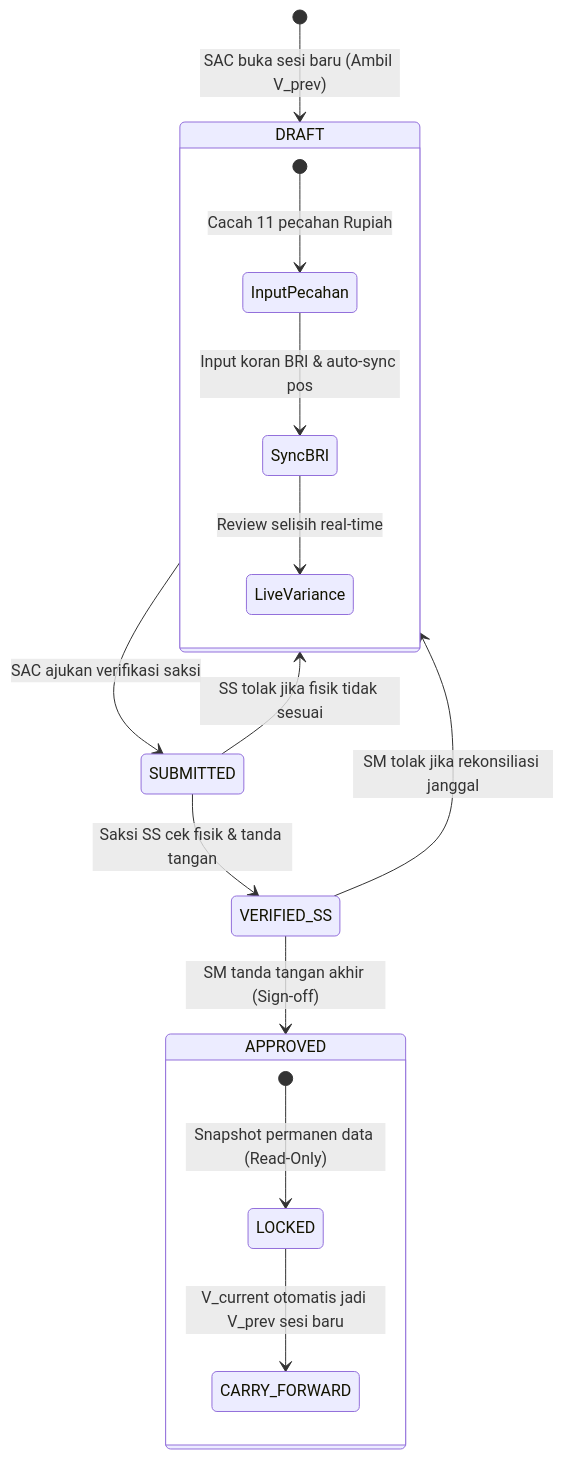
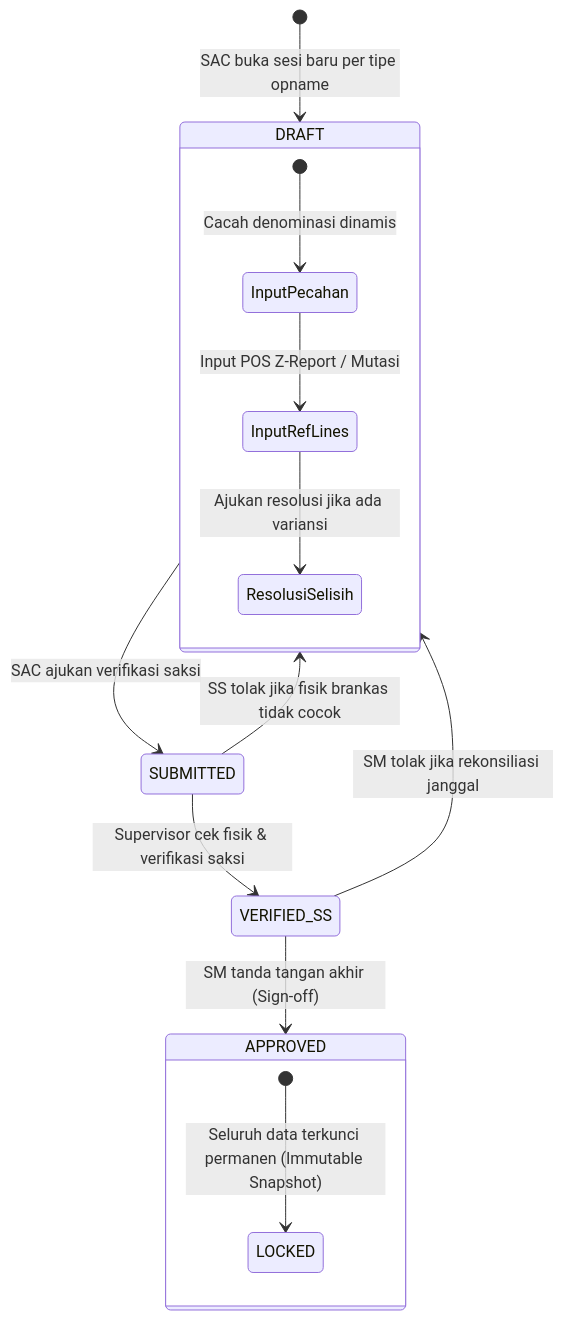
Before and after one commit to bintangarama/GCOINS: the second of 2 diagrams in MASTER_SYSTEM_SPECIFICATION.md, drawn with Mermaid. The commit also changed other lines of this file and 127 other files, not shown here.

````diff
--- a/MASTER_SYSTEM_SPECIFICATION.md
+++ b/MASTER_SYSTEM_SPECIFICATION.md
@@ -304,22 +248,21 @@
 ```mermaid
 stateDiagram-v2
-    [*] --> DRAFT: SAC buka sesi baru (Ambil V_prev)
-    
+    [*] --> DRAFT: SAC buka sesi baru per tipe opname
+
     state DRAFT {
-        [*] --> InputPecahan: Cacah 11 pecahan Rupiah
-        InputPecahan --> SyncBRI: Input koran BRI & auto-sync pos
-        SyncBRI --> LiveVariance: Review selisih real-time
+        [*] --> InputPecahan: Cacah denominasi dinamis
+        InputPecahan --> InputRefLines: Input POS Z-Report / Mutasi
+        InputRefLines --> ResolusiSelisih: Ajukan resolusi jika ada variansi
     }
 
     DRAFT --> SUBMITTED: SAC ajukan verifikasi saksi
-    SUBMITTED --> VERIFIED_SS: Saksi SS cek fisik & tanda tangan
-    SUBMITTED --> DRAFT: SS tolak jika fisik tidak sesuai
+    SUBMITTED --> VERIFIED_SS: Supervisor cek fisik & verifikasi saksi
+    SUBMITTED --> DRAFT: SS tolak jika fisik brankas tidak cocok
 
     VERIFIED_SS --> APPROVED: SM tanda tangan akhir (Sign-off)
     VERIFIED_SS --> DRAFT: SM tolak jika rekonsiliasi janggal
 
     state APPROVED {
-        [*] --> LOCKED: Snapshot permanen data (Read-Only)
-        LOCKED --> CARRY_FORWARD: V_current otomatis jadi V_prev sesi baru
+        [*] --> LOCKED: Seluruh data terkunci permanen (Immutable Snapshot)
     }
 ```
````
